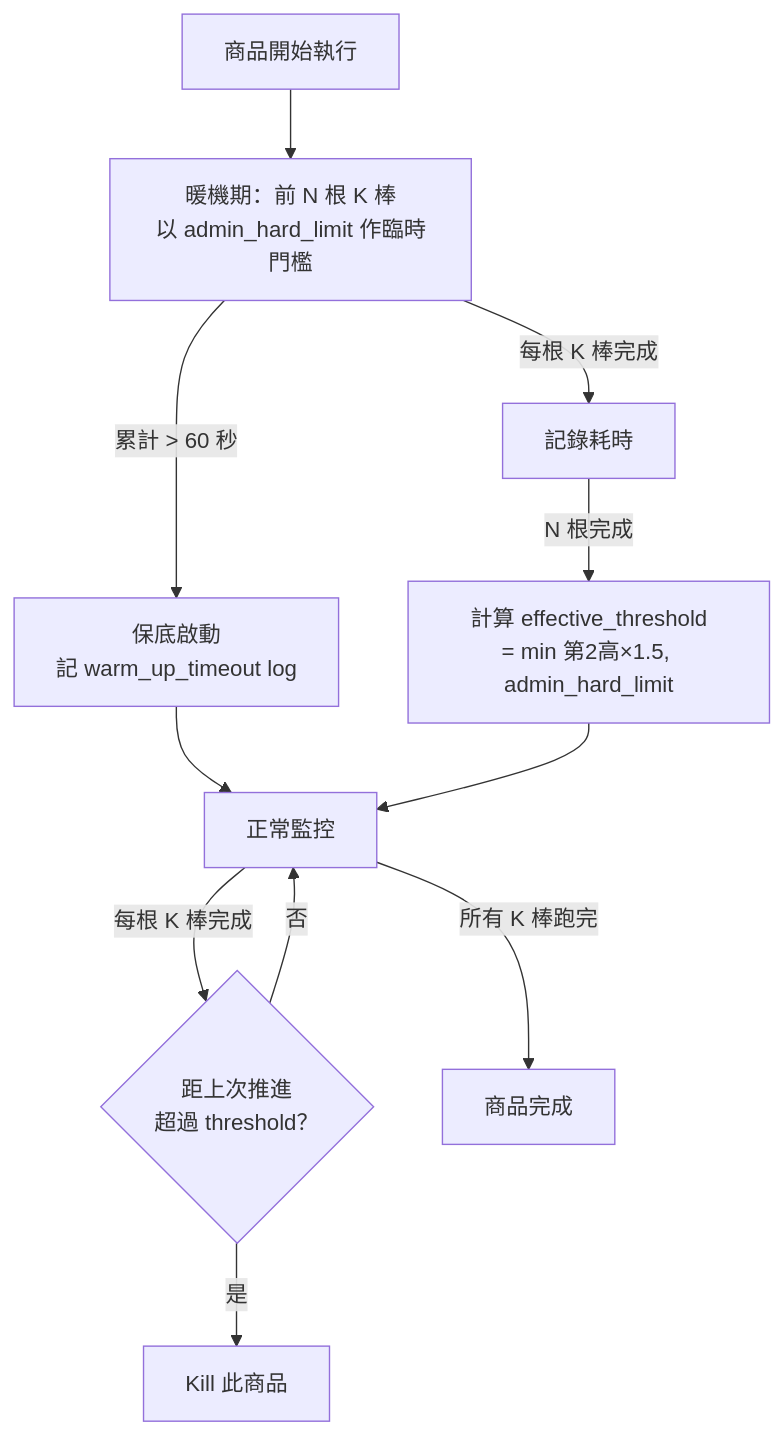
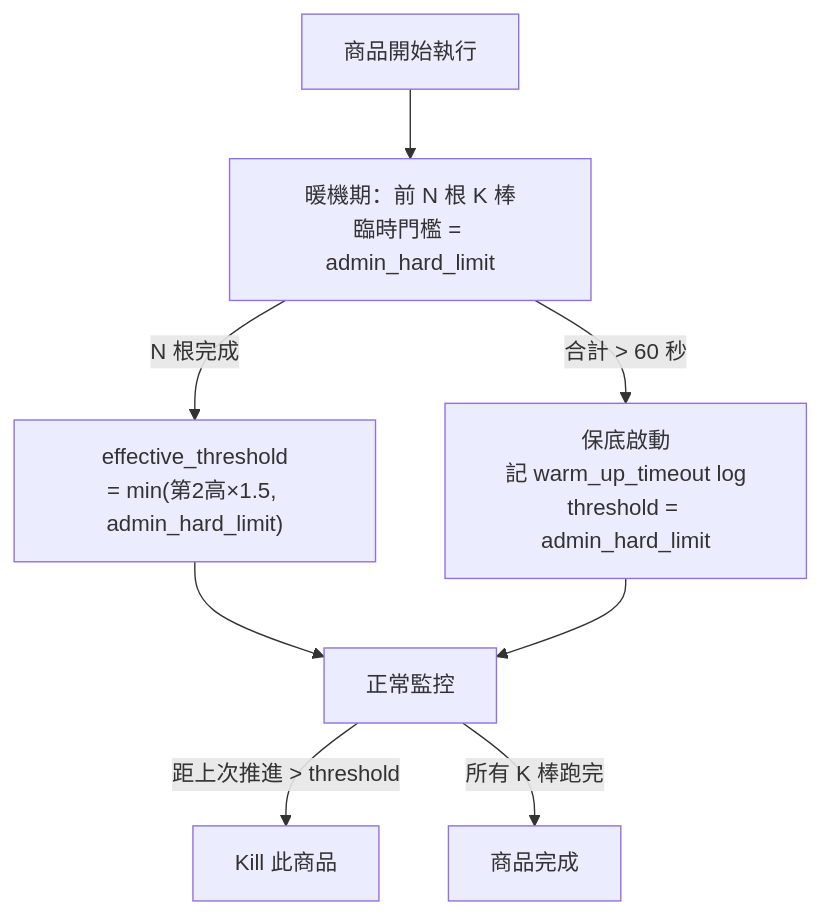
Before and after one commit to robertchen-113001/XQ-BackTesting: the first of 2 diagrams in docs/設計調整對照說明.md, drawn with Mermaid. The commit also changed other lines of this file, not shown here.

Commit message:
docs: 重整對照說明為會議討論格式，修正 Mermaid \n 相容性問題

````diff
--- a/docs/設計調整對照說明.md
+++ b/docs/設計調整對照說明.md
@@ -29,13 +30,10 @@
 ```mermaid
 flowchart TD
-    A[商品開始執行] --> B[暖機期：前 N 根 K 棒\n以 admin_hard_limit 作臨時門檻]
-    B -->|每根 K 棒完成| C[記錄耗時]
-    B -->|累計 > 60 秒| D[保底啟動\n記 warm_up_timeout log]
-    C -->|N 根完成| E[計算 effective_threshold\n= min 第2高×1.5, admin_hard_limit]
-    D --> F[正常監控]
-    E --> F
-    F -->|每根 K 棒完成| G{距上次推進\n超過 threshold？}
-    G -->|否| F
-    G -->|是| H[Kill 此商品]
-    F -->|所有 K 棒跑完| I[商品完成]
+    A[商品開始執行] --> B["暖機期：前 N 根 K 棒<br/>臨時門檻 = admin_hard_limit"]
+    B -->|N 根完成| C["effective_threshold<br/>= min(第2高×1.5, admin_hard_limit)"]
+    B -->|合計 > 60 秒| D["保底啟動<br/>記 warm_up_timeout log<br/>threshold = admin_hard_limit"]
+    C --> E[正常監控]
+    D --> E
+    E -->|距上次推進 > threshold| F[Kill 此商品]
+    E -->|所有 K 棒跑完| G[商品完成]
 ```
````
